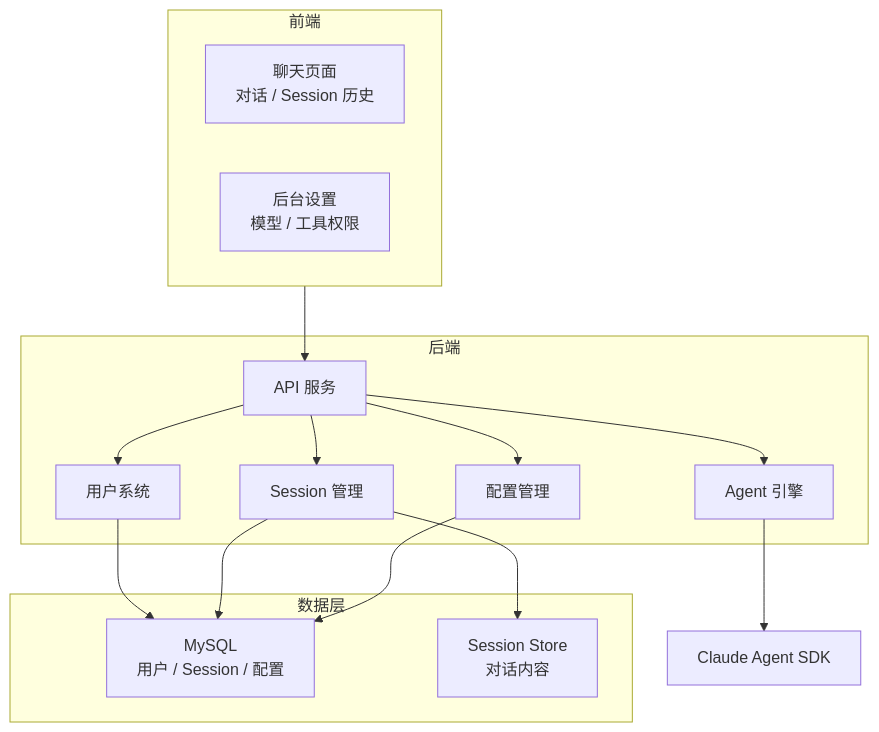
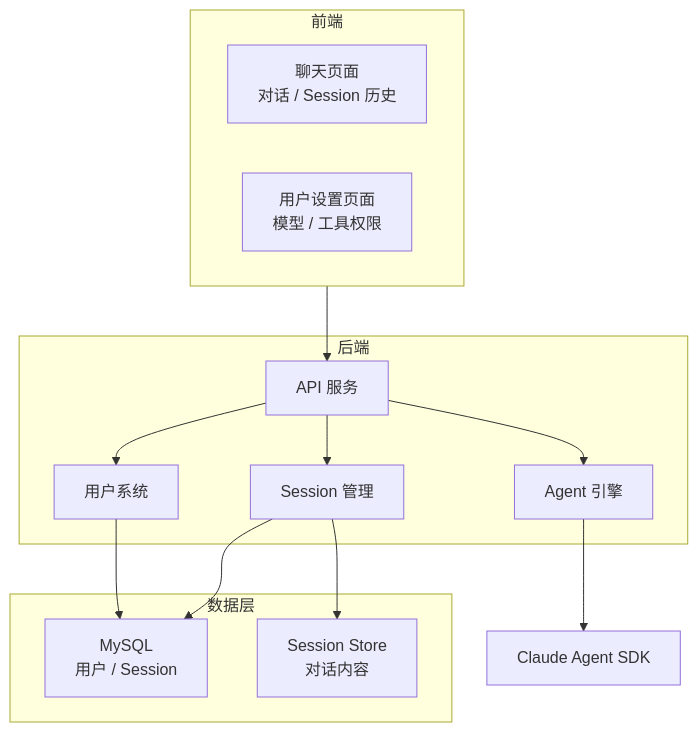
Before and after one commit to xiaocaipi/mm-doc: the first of 8 diagrams in agent/agent_project_design.md, drawn with Mermaid. The commit also changed other lines of this file, not shown here.

````diff
--- a/agent/agent_project_design.md
+++ b/agent/agent_project_design.md
@@ -48,31 +67,28 @@
 ```mermaid
 graph TB
     subgraph FRONTEND["前端"]
         CHAT["聊天页面<br/>对话 / Session 历史"]
-        SETTINGS["后台设置<br/>模型 / 工具权限"]
+        SETTINGS["用户设置页面<br/>模型 / 工具权限"]
     end
 
     subgraph BACKEND["后端"]
         API["API 服务"]
         USER["用户系统"]
         SESSION["Session 管理"]
         AGENT["Agent 引擎"]
-        CONFIG["配置管理"]
     end
 
     subgraph DATABASE["数据层"]
-        DB["MySQL<br/>用户 / Session / 配置"]
+        DB["MySQL<br/>用户 / Session"]
         STORE["Session Store<br/>对话内容"]
     end
 
     FRONTEND --> API
     API --> USER
     API --> SESSION
     API --> AGENT
-    API --> CONFIG
     USER --> DB
     SESSION --> DB
     SESSION --> STORE
-    CONFIG --> DB
     AGENT --> SDK["Claude Agent SDK"]
 ```
````
